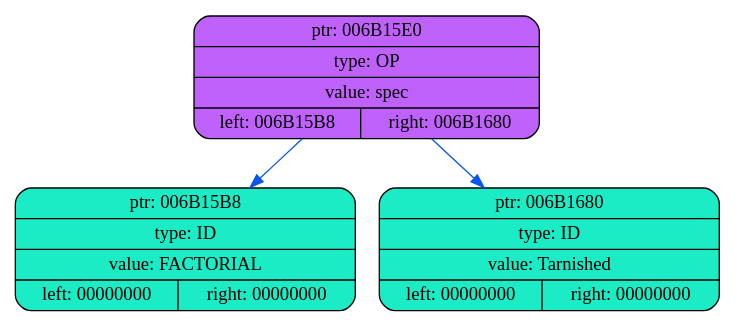
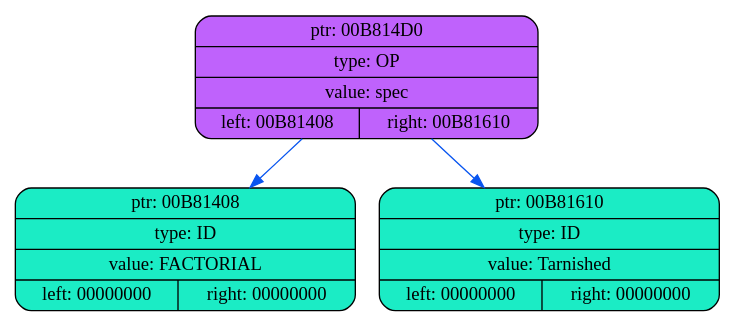
The diagram in dump/dump2.dot (coffee8cat/Elden-language), drawn with Graphviz before and after one commit. The commit also changed 18 other files, not shown here.

```diff
--- a/dump/dump2.dot
+++ b/dump/dump2.dot
@@ -1,10 +1,10 @@
 digraph
 {
     rankdir=TP
 
-        node006B15E0[shape=record,style="rounded,filled",fillcolor="#BF62FC",label="{ ptr: 006B15E0 | type: OP | value: spec| { left: 006B15B8 | right: 006B1680 }}"];
-    node006B15E0 -> node006B15B8[color="#0855F0"]
-    node006B15B8[shape=record,style="rounded,filled",fillcolor="#1BECC5",label="{ ptr: 006B15B8 | type: ID | value: FACTORIAL| { left: 00000000 | right: 00000000 }}"];
-    node006B15E0 -> node006B1680[color="#0855F0"]
-    node006B1680[shape=record,style="rounded,filled",fillcolor="#1BECC5",label="{ ptr: 006B1680 | type: ID | value: Tarnished| { left: 00000000 | right: 00000000 }}"];
+        node00B814D0[shape=record,style="rounded,filled",fillcolor="#BF62FC",label="{ ptr: 00B814D0 | type: OP | value: spec| { left: 00B81408 | right: 00B81610 }}"];
+    node00B814D0 -> node00B81408[color="#0855F0"]
+    node00B81408[shape=record,style="rounded,filled",fillcolor="#1BECC5",label="{ ptr: 00B81408 | type: ID | value: FACTORIAL| { left: 00000000 | right: 00000000 }}"];
+    node00B814D0 -> node00B81610[color="#0855F0"]
+    node00B81610[shape=record,style="rounded,filled",fillcolor="#1BECC5",label="{ ptr: 00B81610 | type: ID | value: Tarnished| { left: 00000000 | right: 00000000 }}"];
 }
```
